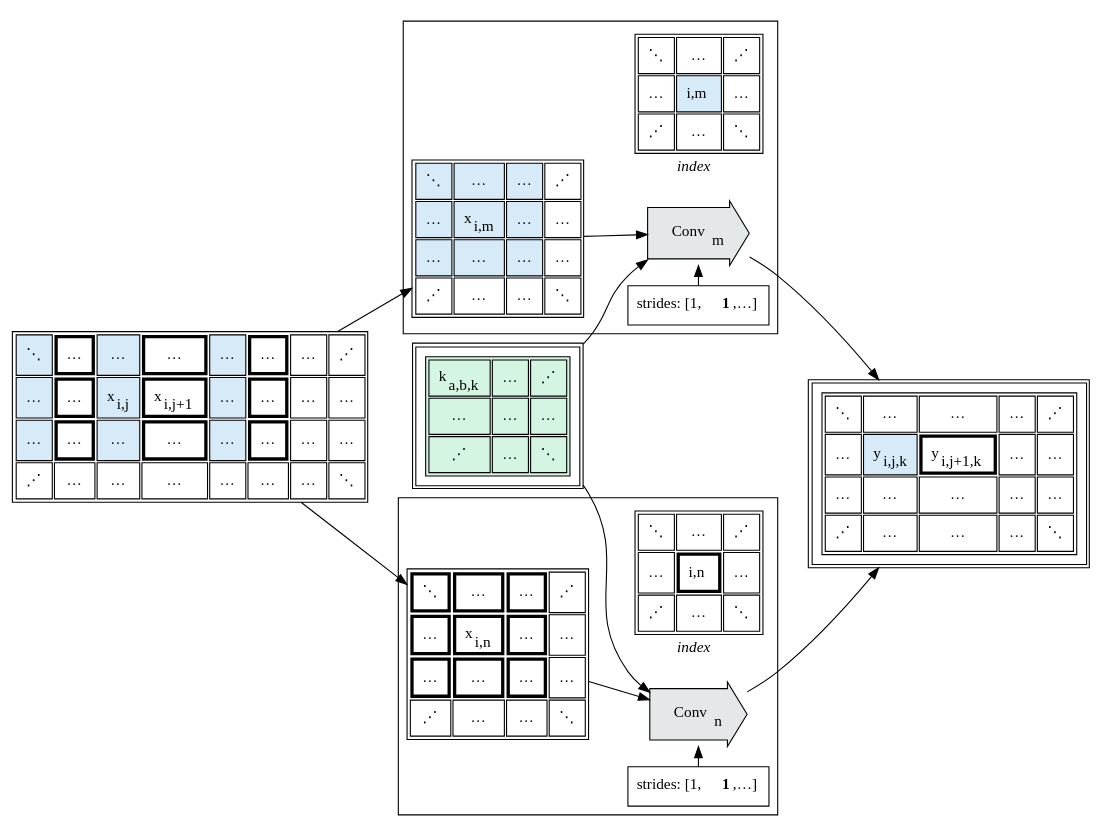
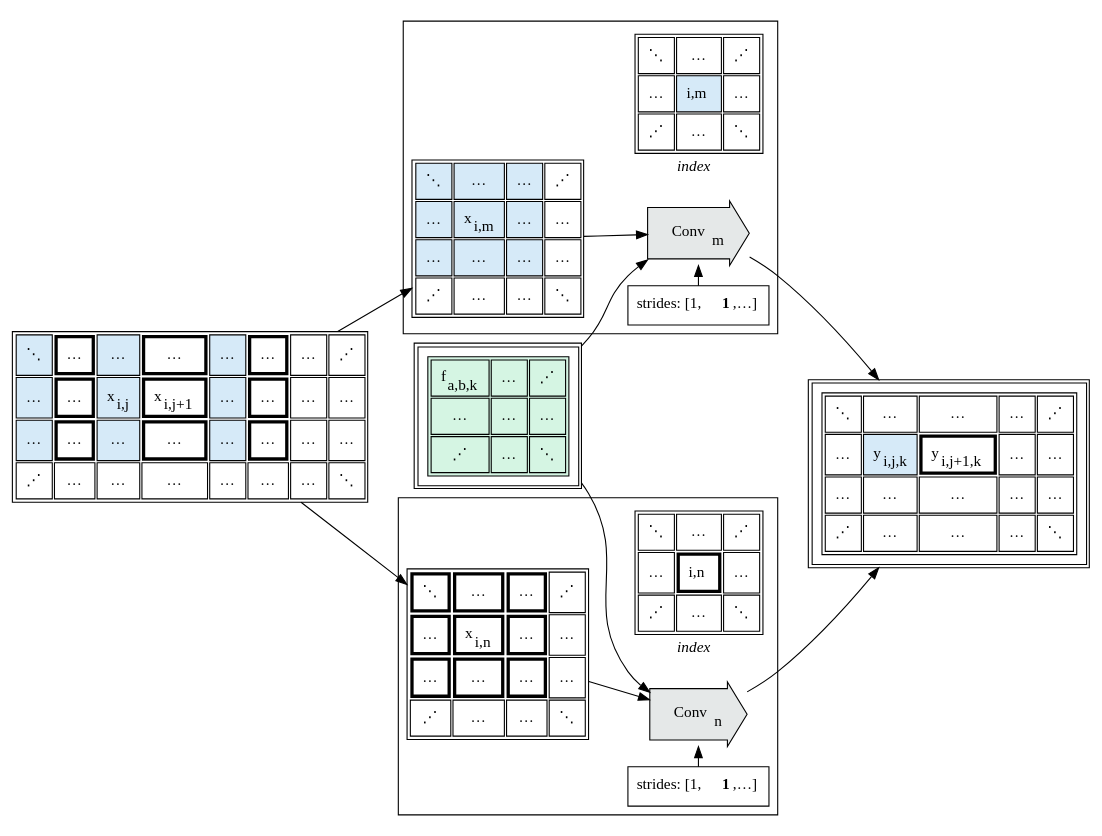
Before and after one commit to crutcher/tapestry-legacy: the diagram in media/graphs/conv.f3.dot.gv, drawn with Graphviz. The commit also changed 5 other files, not shown here.

```diff
--- a/media/graphs/conv.f3.dot.gv
+++ b/media/graphs/conv.f3.dot.gv
@@ -215,14 +215,14 @@
   X -> X0;
   X -> X1;
 
-  K [
+  F [
       shape="plain",
       label=<
       <table cellpadding="8">
         <tr><td>
       <table bgcolor="#D5F5E3" cellpadding="8">
           <tr>
-              <td >k<sub>a,b,k</sub></td>
+              <td >f<sub>a,b,k</sub></td>
               <td >…</td>
               <td>⋰</td>
               </tr>
@@ -285,11 +285,11 @@
   ];
 
   X0 -> Conv0;
-  K -> Conv0;
+  F -> Conv0;
   Conv0 -> Y;
 
   X1 -> Conv1;
-  K -> Conv1;
+  F -> Conv1;
   Conv1 -> Y;
 
 }
```
